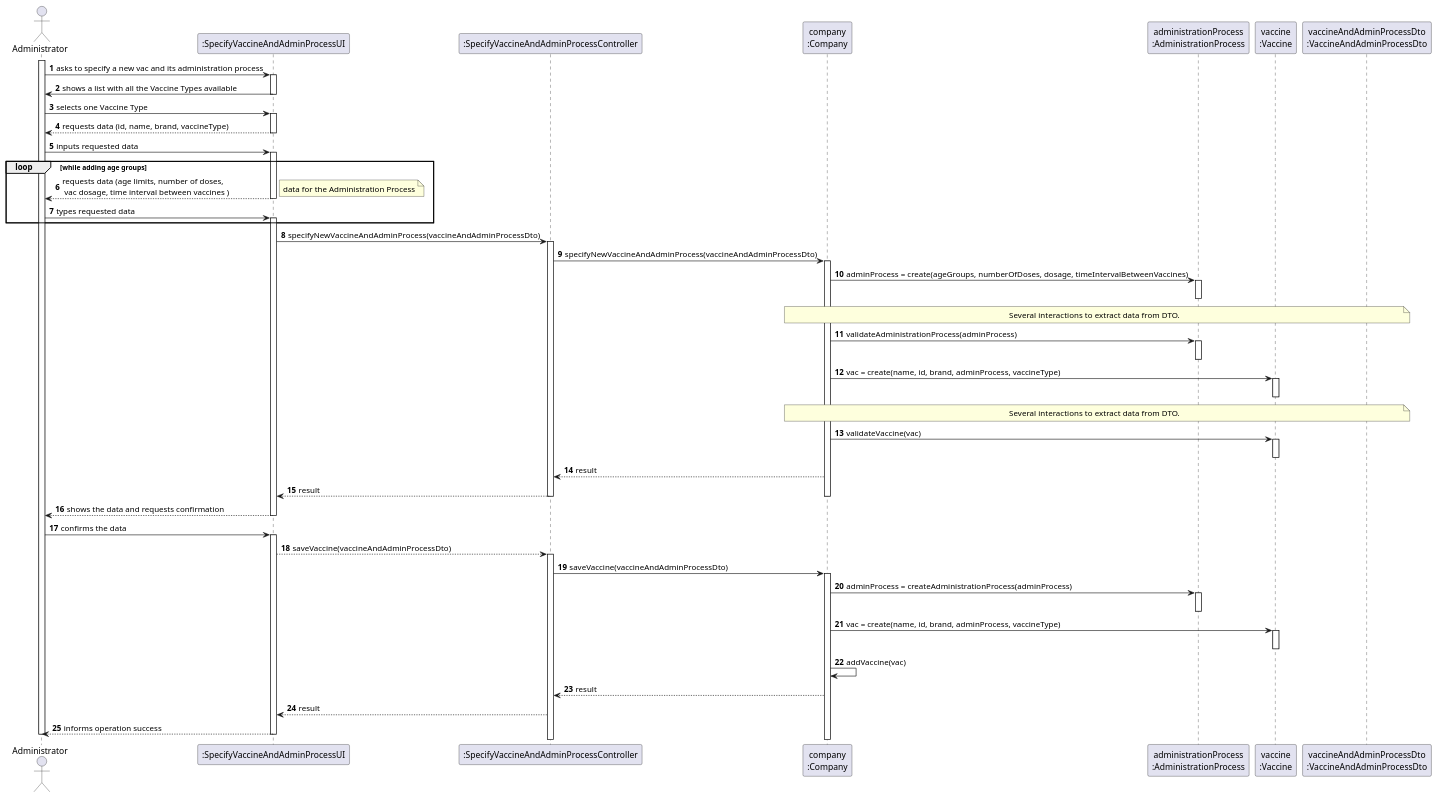
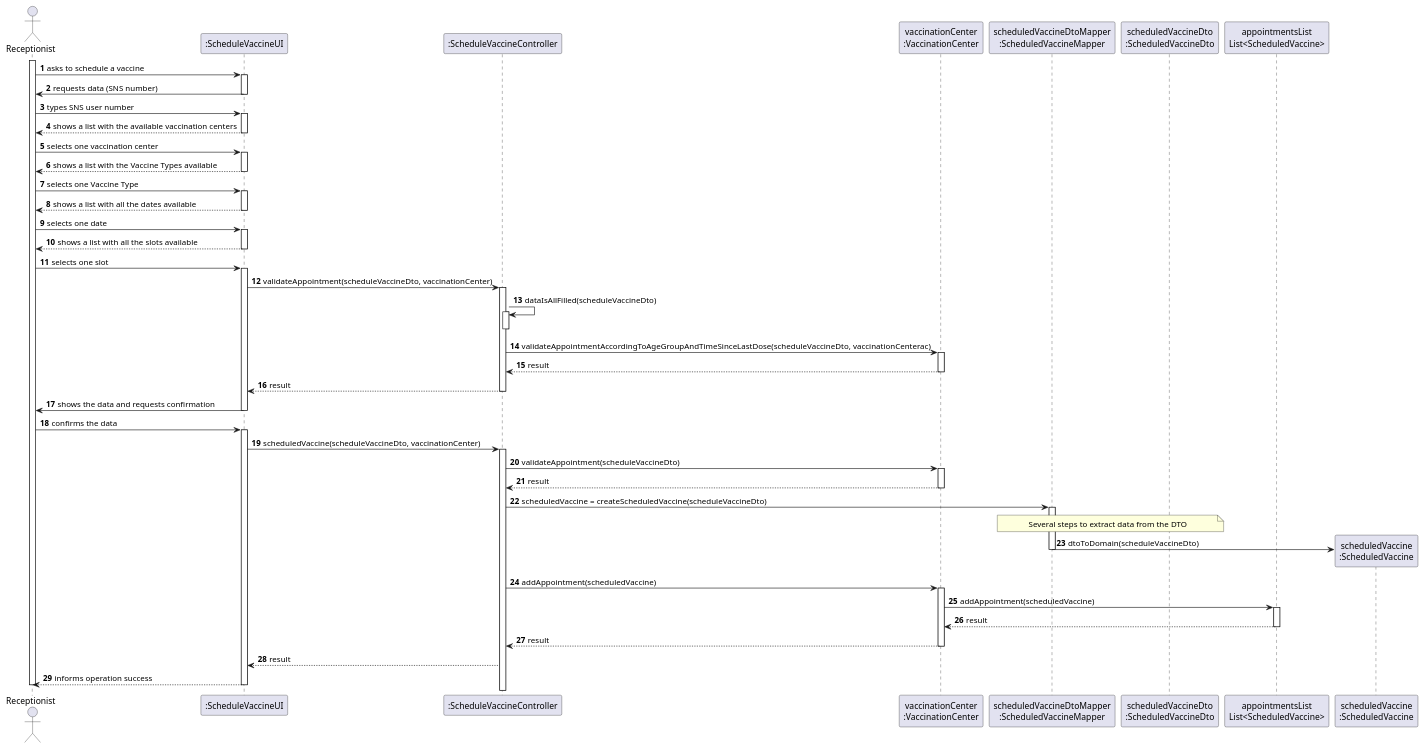
One commit to Pirussa/lei-22-s2-1da-g02 changed the diagram in docs/SprintC/US002/US002_SD.puml. Above: the diagram before and after it, drawn with PlantUML.

Commit message:
US002 - Design - SD finished, all diagrams were converted to .svg.

```diff
--- a/docs/SprintC/US002/US002_SD.puml
+++ b/docs/SprintC/US002/US002_SD.puml
@@ -1,110 +1,118 @@
 @startuml
 
 autonumber
 
-actor Administrator as A
+actor Receptionist as R
 
-participant ":SpecifyVaccineAndAdminProcessUI" as UI
-participant ":SpecifyVaccineAndAdminProcessController" as CTRL
-participant "company\n:Company" as C
-participant "administrationProcess\n:AdministrationProcess" as AP
-participant "vaccine\n:Vaccine" as V
-participant "vaccineAndAdminProcessDto\n:VaccineAndAdminProcessDto" as DTO
+participant ":ScheduleVaccineUI" as UI
+participant ":ScheduleVaccineController" as CTRL
+participant "vaccinationCenter\n:VaccinationCenter" as VC
+participant "scheduledVaccineDtoMapper\n:ScheduledVaccineMapper" as M
+participant "scheduledVaccineDto\n:ScheduledVaccineDto" as DTO
+participant "appointmentsList\nList<ScheduledVaccine>" as L
 
-activate A
-A -> UI :asks to specify a new vac and its administration process
+'participant "Utils" as U
+
+activate R
+R -> UI : asks to schedule a vaccine
+
 
 activate UI
-UI-> A : shows a list with all the Vaccine Types available
+UI-> R : requests data (SNS number)
 deactivate UI
+R-> UI : types SNS user number
 
 
-A-> UI : selects one Vaccine Type
+activate UI
+UI --> R : shows a list with the available vaccination centers
+deactivate UI
+R -> UI : selects one vaccination center
+
+
+activate UI
+ UI --> R : shows a list with the Vaccine Types available
+deactivate UI
+R -> UI : selects one Vaccine Type
+
+
+activate UI
+ UI --> R : shows a list with all the dates available
+deactivate UI
+R -> UI : selects one date
+
+
+activate UI
+ UI --> R : shows a list with all the slots available
+deactivate UI
+R -> UI : selects one slot
 
 
 
 activate UI
-UI --> A : requests data (id, name, brand, vaccineType)
+UI -> CTRL : validateAppointment(scheduleVaccineDto, vaccinationCenter)
+
+activate CTRL
+CTRL -> CTRL : dataIsAllFilled(scheduleVaccineDto)
+activate CTRL
+deactivate CTRL
+CTRL -> VC : validateAppointmentAccordingToAgeGroupAndTimeSinceLastDose(scheduleVaccineDto, vaccinationCenterac)
+
+activate VC
+VC ---> CTRL : result
+deactivate VC
+
+
+CTRL ---> UI : result
+deactivate CTRL
+
+UI -> R : shows the data and requests confirmation
 deactivate UI
 
-A -> UI : inputs requested data
-
+R -> UI : confirms the data
 activate UI
 
-loop while adding age groups
- UI --> A : requests data (age limits, number of doses,\n vac dosage, time interval between vaccines )
-
-deactivate UI
-note right
-data for the Administration Process
-end note
+UI -> CTRL : scheduledVaccine(scheduleVaccineDto, vaccinationCenter)
+activate CTRL
 
 
-A -> UI : types requested data
-activate UI
+CTRL -> VC : validateAppointment(scheduleVaccineDto)
 
-end
+activate VC
+VC ---> CTRL : result
+deactivate VC
+CTRL -> M : scheduledVaccine = createScheduledVaccine(scheduleVaccineDto)
+activate M
+note over M, DTO
+Several steps to extract data from the DTO
+end note
+M -> "scheduledVaccine\n:ScheduledVaccine" ** : dtoToDomain(scheduleVaccineDto)
+deactivate M
+
+CTRL -> VC : addAppointment(scheduledVaccine)
+activate VC
+
+
+VC -> L : addAppointment(scheduledVaccine)
+activate L
+L --> VC : result
+
+deactivate L
+
+VC --> CTRL : result
+
+deactivate VC
 
 
 
-activate UI
-UI -> CTRL : specifyNewVaccineAndAdminProcess(vaccineAndAdminProcessDto)
-
-activate CTRL
-CTRL -> C : specifyNewVaccineAndAdminProcess(vaccineAndAdminProcessDto)
-
-activate C
-C -> AP : adminProcess = create(ageGroups, numberOfDoses, dosage, timeIntervalBetweenVaccines)
-
-note over C, DTO : Several interactions to extract data from DTO.
-
-
-activate AP
-deactivate AP
-
-C -> AP : validateAdministrationProcess(adminProcess)
-activate AP
-deactivate AP
-
-
-C -> V : vac = create(name, id, brand, adminProcess, vaccineType)
-note over C, DTO : Several interactions to extract data from DTO.
-
-activate V
-deactivate V
-
-C -> V : validateVaccine(vac)
-activate V
-deactivate V
-C --> CTRL : result
-CTRL --> UI : result
-deactivate CTRL
-deactivate C
-UI --> A : shows the data and requests confirmation
-deactivate UI
-A -> UI : confirms the data
-activate UI
-UI --> CTRL : saveVaccine(vaccineAndAdminProcessDto)
-
-activate CTRL
-
-CTRL -> C : saveVaccine(vaccineAndAdminProcessDto)
-
-activate C
-C -> AP : adminProcess = createAdministrationProcess(adminProcess)
-activate AP
-deactivate AP
-C -> V :vac = create(name, id, brand, adminProcess, vaccineType)
-activate V
-deactivate V
-
-C -> C : addVaccine(vac)
 
 
 
-C --> CTRL : result
+
+
+
+
 CTRL ---> UI : result
-UI --> A : informs operation success
+UI --> R : informs operation success
 deactivate UI
-deactivate A
+deactivate R
 @enduml
```
